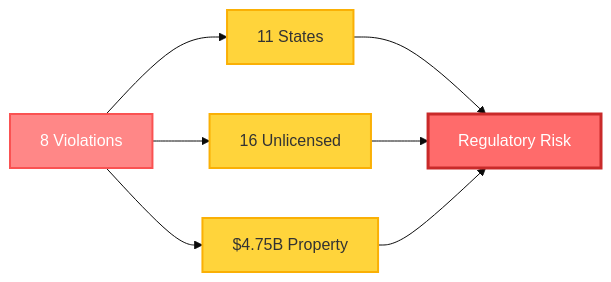
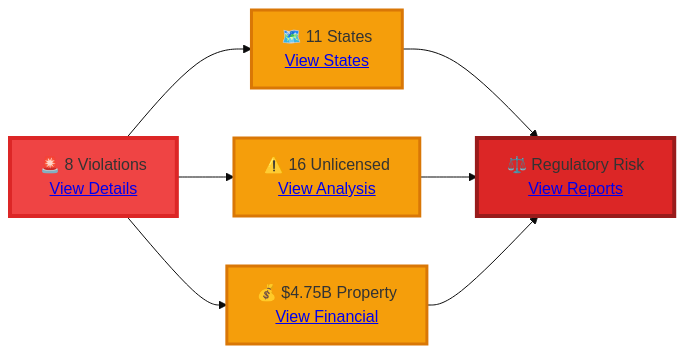
Before and after one commit to 1digitaldesign/kettler-data-analysis: the fourth of 6 diagrams in README.md, drawn with Mermaid (base theme). The commit also changed other lines of this file and 8 other files, not shown here.

First line of the commit message:
fix: Improve dark mode contrast and add interactive elements to diagrams

````diff
--- a/README.md
+++ b/README.md
@@ -270,16 +270,16 @@
 ```mermaid
 graph LR
-    A[8 Violations] --> B[11 States]
-    A --> C[16 Unlicensed]
-    A --> D[$4.75B Property]
+    A["🚨 8 Violations<br/><a href='data/processed/cross_referenced_violations.json'>View Details</a>"] --> B["🗺️ 11 States<br/><a href='research/company_registrations/'>View States</a>"]
+    A --> C["⚠️ 16 Unlicensed<br/><a href='research/analysis/'>View Analysis</a>"]
+    A --> D["💰 $4.75B Property<br/><a href='research/financial/'>View Financial</a>"]
 
-    B --> E[Regulatory Risk]
+    B --> E["⚖️ Regulatory Risk<br/><a href='research/reports/'>View Reports</a>"]
     C --> E
     D --> E
 
-    style A fill:#ff8787,stroke:#fa5252,stroke-width:2px,color:#fff
-    style B fill:#ffd43b,stroke:#fab005,stroke-width:2px
-    style C fill:#ffd43b,stroke:#fab005,stroke-width:2px
-    style D fill:#ffd43b,stroke:#fab005,stroke-width:2px
-    style E fill:#ff6b6b,stroke:#c92a2a,stroke-width:3px,color:#fff
+    style A fill:#ef4444,stroke:#dc2626,stroke-width:4px
+    style B fill:#f59e0b,stroke:#d97706,stroke-width:3px
+    style C fill:#f59e0b,stroke:#d97706,stroke-width:3px
+    style D fill:#f59e0b,stroke:#d97706,stroke-width:3px
+    style E fill:#dc2626,stroke:#991b1b,stroke-width:4px
 ```
````
